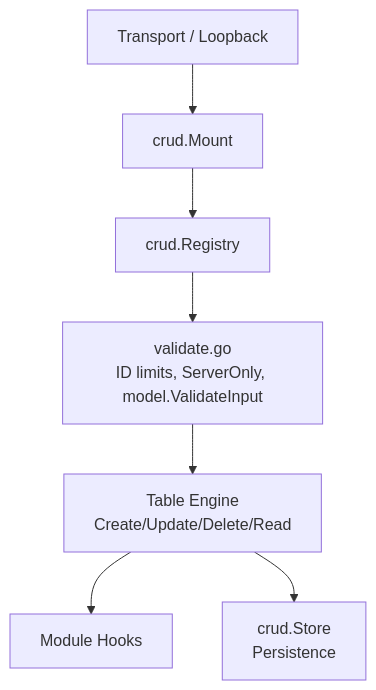
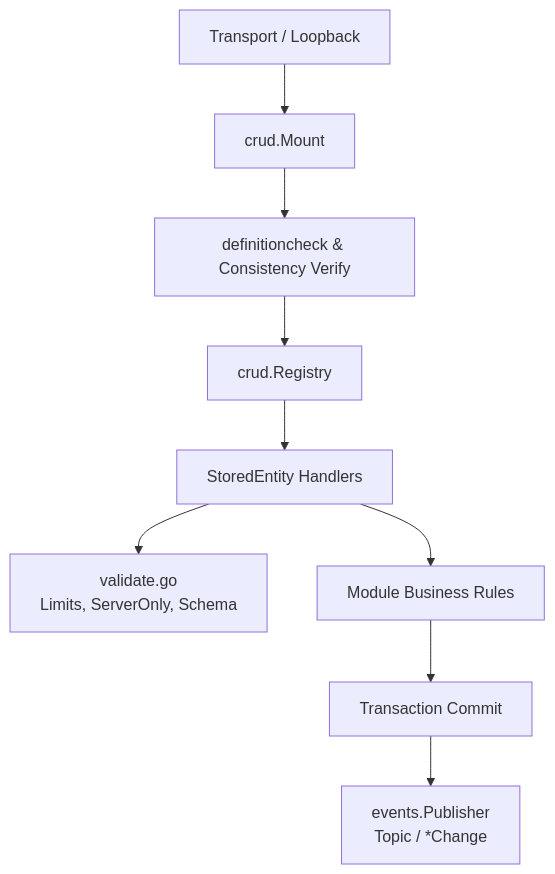
One commit to webtyp/crud changed the diagram in docs/ARCHITECTURE.md. Above: the diagram before and after it, drawn with Mermaid. The commit also changed other lines of this file and 6 other files, not shown here.

Commit message:
docs: write flow

````diff
--- a/docs/ARCHITECTURE.md
+++ b/docs/ARCHITECTURE.md
@@ -7,9 +9,11 @@
 ```mermaid
 flowchart TD
     Transport[Transport / Loopback] --> Mount[crud.Mount]
-    Mount --> Registry[crud.Registry]
-    Registry --> Validate[validate.go\nID limits, ServerOnly, model.ValidateInput]
-    Validate --> TableEngine[Table Engine\nCreate/Update/Delete/Read]
-    TableEngine --> Hooks[Module Hooks]
-    TableEngine --> Store[crud.Store\nPersistence]
+    Mount --> Verify[definitioncheck & Consistency Verify]
+    Verify --> Registry[crud.Registry]
+    Registry --> Engine[StoredEntity Handlers]
+    Engine --> Validate[validate.go\nLimits, ServerOnly, Schema]
+    Engine --> Rule[Module Business Rules]
+    Rule --> Tx[Transaction Commit]
+    Tx --> Events[events.Publisher\nTopic / *Change]
 ```
````
